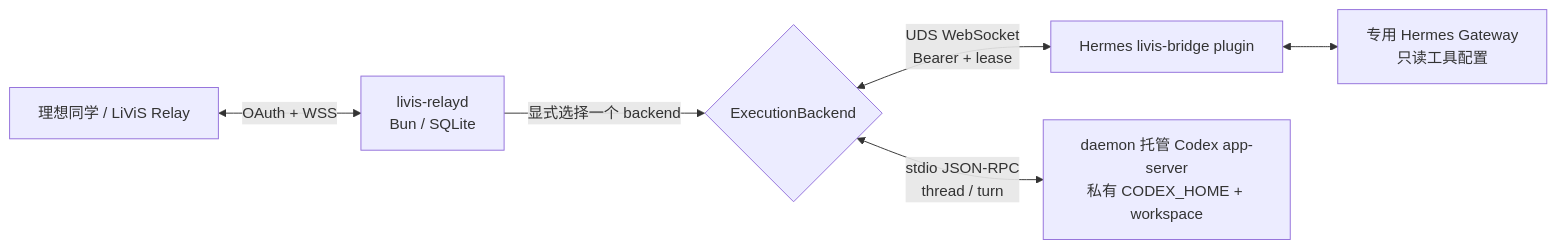
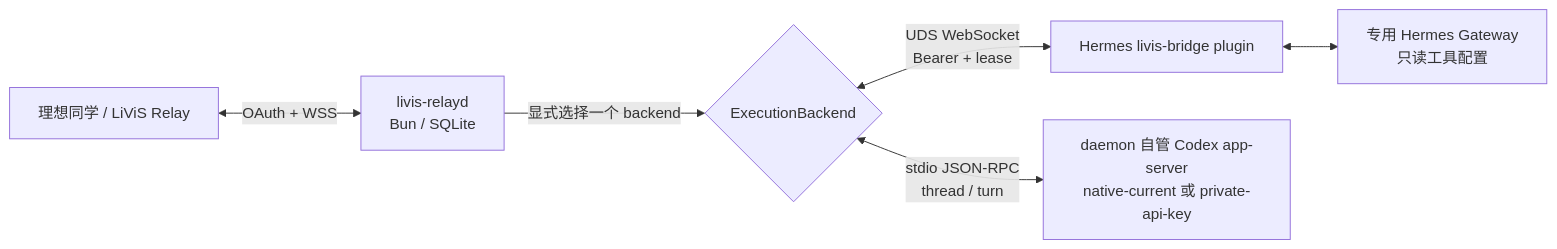
Before and after one commit to Jassy930/livis-relay-daemon: the diagram in README.md, drawn with Mermaid. The commit also changed other lines of this file and 27 other files, not shown here.

Commit message:
feat: 接入 Codex native-current 生产路由

````diff
--- a/README.md
+++ b/README.md
@@ -12,8 +12,8 @@
 ```mermaid
 flowchart LR
     L["理想同学 / LiViS Relay"] <-->|"OAuth + WSS"| D["livis-relayd\nBun / SQLite"]
     D -->|"显式选择一个 backend"| B{"ExecutionBackend"}
     B <-->|"UDS WebSocket\nBearer + lease"| P["Hermes livis-bridge plugin"]
     P <--> H["专用 Hermes Gateway\n只读工具配置"]
-    B <-->|"stdio JSON-RPC\nthread / turn"| C["daemon 托管 Codex app-server\n私有 CODEX_HOME + workspace"]
+    B <-->|"stdio JSON-RPC\nthread / turn"| C["daemon 自管 Codex app-server\nnative-current 或 private-api-key"]
 ```
````
